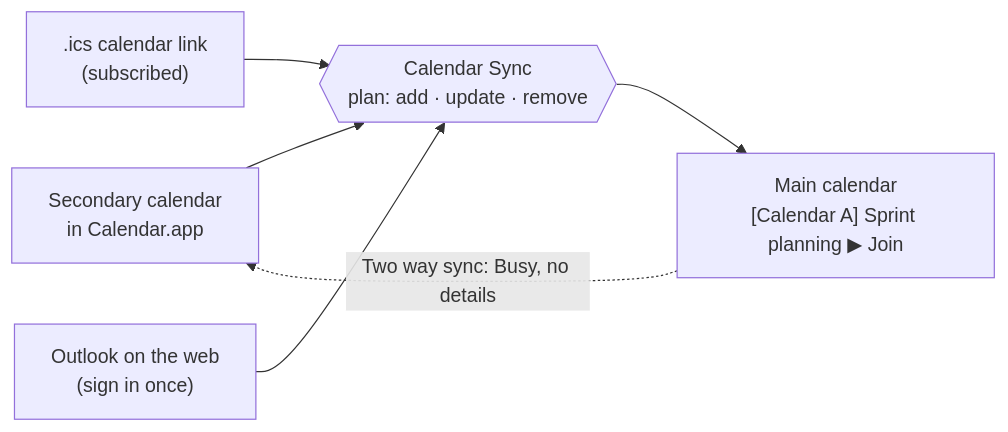
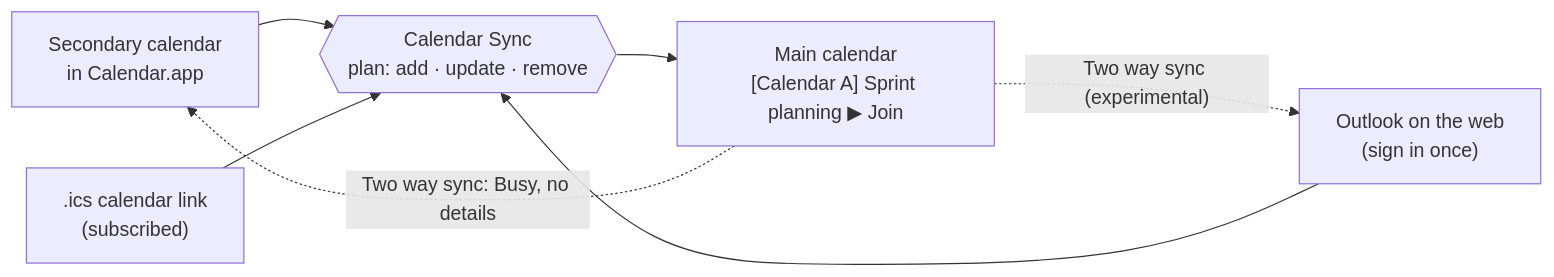
The diagram in README.md (neteinstein/Calendar-Hub), drawn with Mermaid before and after one commit. The commit also changed other lines of this file and 8 other files, not shown here.

First line of the commit message:
Two way sync for Outlook on the web calendars (experimental)

````diff
--- a/README.md
+++ b/README.md
@@ -125,8 +125,9 @@
 ```mermaid
 flowchart LR
     A["Secondary calendar<br/>in Calendar.app"] --> S
     B[".ics calendar link<br/>(subscribed)"] --> S
     C["Outlook on the web<br/>(sign in once)"] --> S
     S{{"Calendar Sync<br/>plan: add · update · remove"}} --> M["Main calendar<br/>[Calendar A] Sprint planning ▶ Join"]
     M -. "Two way sync: Busy, no details" .-> A
+    M -. "Two way sync (experimental)" .-> C
 ```
````
